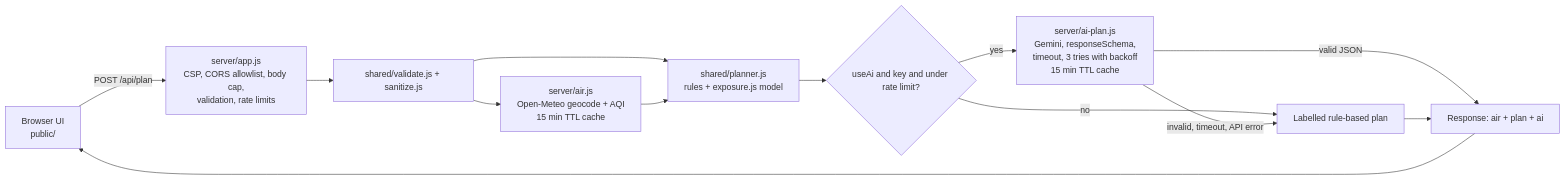
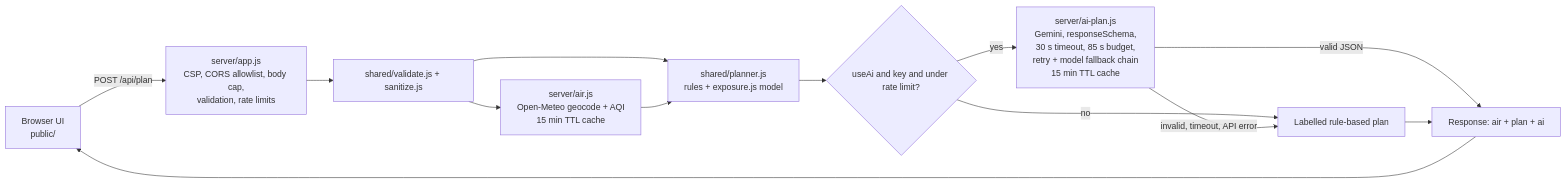
The diagram in README.md (NITISH-027/clearair), drawn with Mermaid before and after one commit. The commit also changed other lines of this file, not shown here.

````diff
--- a/README.md
+++ b/README.md
@@ -9,15 +9,15 @@
 ```mermaid
 flowchart LR
   B[Browser UI<br/>public/] -->|POST /api/plan| S[server/app.js<br/>CSP, CORS allowlist, body cap,<br/>validation, rate limits]
   S --> V[shared/validate.js + sanitize.js]
   V --> A[server/air.js<br/>Open-Meteo geocode + AQI<br/>15 min TTL cache]
   V --> P[shared/planner.js<br/>rules + exposure.js model]
   A --> P
   P --> G{useAi and key and under rate limit?}
-  G -->|yes| M[server/ai-plan.js<br/>Gemini, responseSchema,<br/>timeout, 3 tries with backoff<br/>15 min TTL cache]
+  G -->|yes| M[server/ai-plan.js<br/>Gemini, responseSchema,<br/>30 s timeout, 85 s budget,<br/>retry + model fallback chain<br/>15 min TTL cache]
   G -->|no| F[Labelled rule-based plan]
   M -->|invalid, timeout, API error| F
   M -->|valid JSON| R[Response: air + plan + ai]
   F --> R
   R --> B
 ```
````
